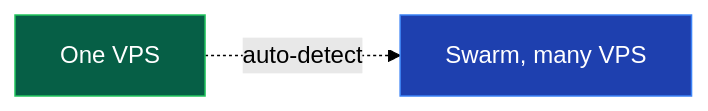
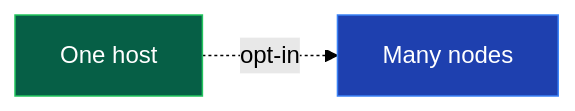
One commit to Ketbome/minepanel changed the second of 3 diagrams in doc/roadmap.md. Above: the diagram before and after it, drawn with Mermaid (forest theme). The commit also changed other lines of this file and 1 other file, not shown here.

First line of the commit message:
docs(roadmap): refresh shipped items and plans for v1.13 (#352)

````diff
--- a/doc/roadmap.md
+++ b/doc/roadmap.md
@@ -163,7 +170,7 @@
 ```mermaid
 flowchart LR
-    A["One VPS"] -.->|"auto-detect"| B["Swarm, many VPS"]
+    A["One host"] -.->|"opt-in"| B["Many nodes"]
 
     style A fill:#065f46,stroke:#22c55e,color:#fff
     style B fill:#1e40af,stroke:#3b82f6,color:#fff
 ```
````
